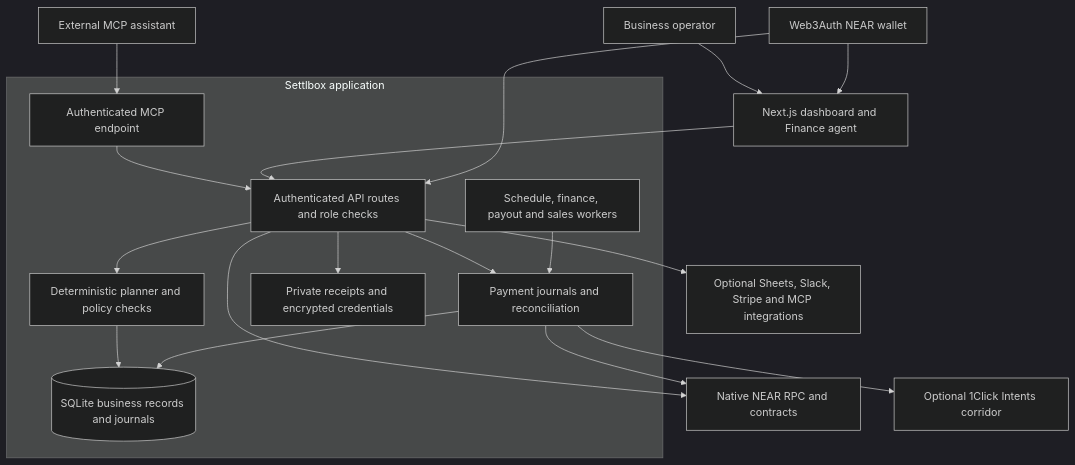
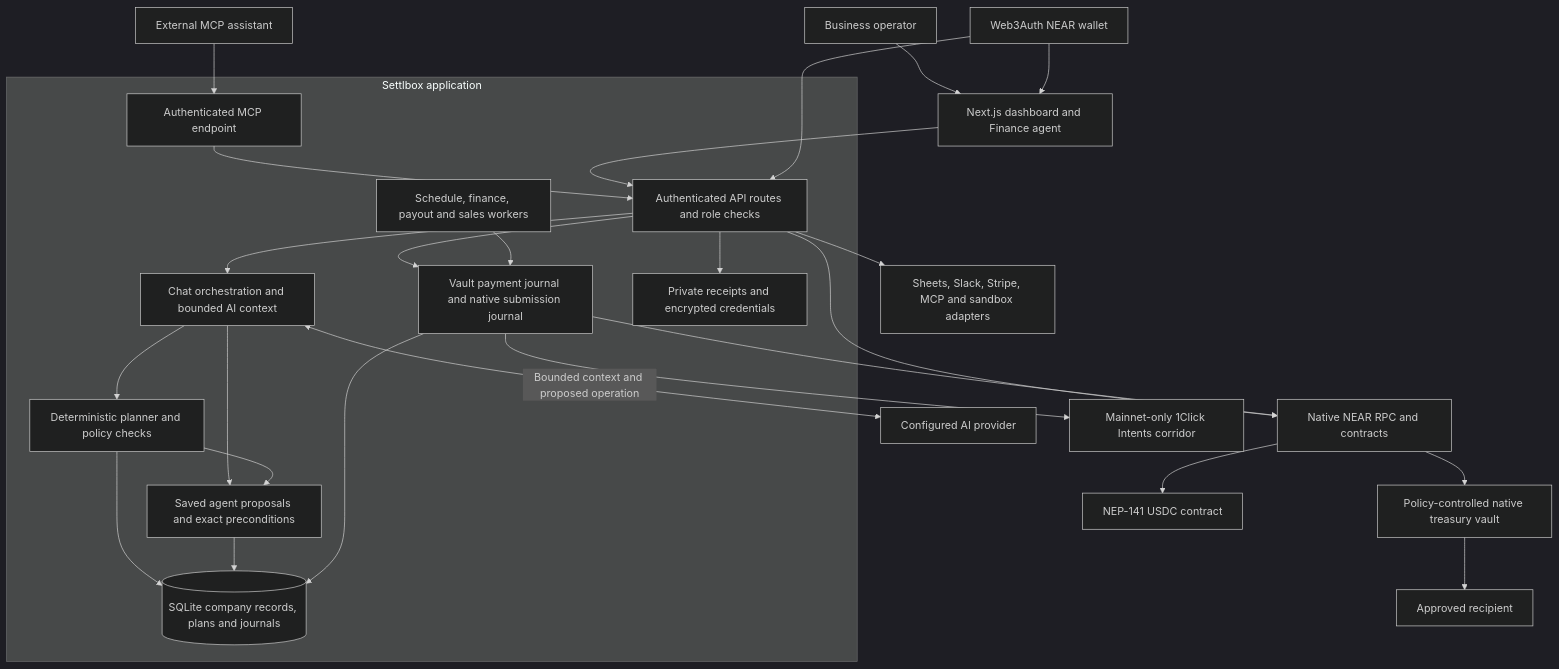
Before and after one commit to i-mwangi/garment: the first of 2 diagrams in README.md, drawn with Mermaid (dark theme). The commit also changed other lines of this file, not shown here.

First line of the commit message:
Document native agent payment sequence

````diff
--- a/README.md
+++ b/README.md
@@ -117,29 +118,39 @@
 ```mermaid
 flowchart TB
     Operator[Business operator] --> UI[Next.js dashboard and Finance agent]
     Wallet[Web3Auth NEAR wallet] --> UI
     Assistant[External MCP assistant] --> MCP[Authenticated MCP endpoint]
 
     subgraph App[Settlbox application]
         API[Authenticated API routes and role checks]
+        Chat[Chat orchestration and bounded AI context]
         Planner[Deterministic planner and policy checks]
-        Journal[Payment journals and reconciliation]
+        Proposals[Saved agent proposals and exact preconditions]
+        Journal[Vault payment journal and native submission journal]
         Workers[Schedule, finance, payout and sales workers]
-        Store[(SQLite business records and journals)]
+        Store[(SQLite company records, plans and journals)]
         Private[Private receipts and encrypted credentials]
-        API --> Planner
+        API --> Chat
+        Chat --> Planner
+        Chat --> Proposals
+        Planner --> Proposals
         API --> Journal
         Planner --> Store
+        Proposals --> Store
         Journal --> Store
         Workers --> Journal
         API --> Private
         MCP --> API
     end
 
     UI --> API
     Wallet --> API
+    Chat <-->|Bounded context and proposed operation| AI[Configured AI provider]
     API --> NEAR[Native NEAR RPC and contracts]
     Journal --> NEAR
-    Journal --> Intents[Optional 1Click Intents corridor]
-    API --> Integrations[Optional Sheets, Slack, Stripe and MCP integrations]
+    NEAR --> Vault[Policy-controlled native treasury vault]
+    NEAR --> Token[NEP-141 USDC contract]
+    Vault --> Recipient[Approved recipient]
+    Journal --> Intents[Mainnet-only 1Click Intents corridor]
+    API --> Integrations[Sheets, Slack, Stripe, MCP and sandbox adapters]
 ```
````
